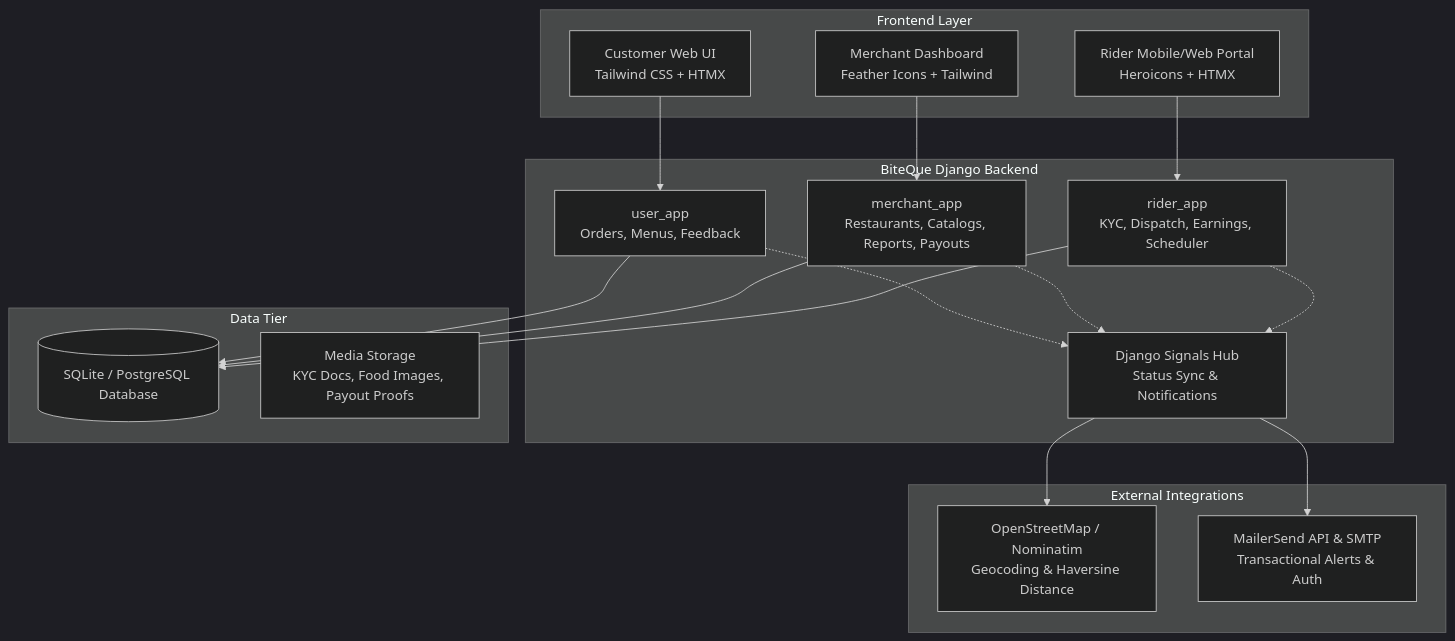
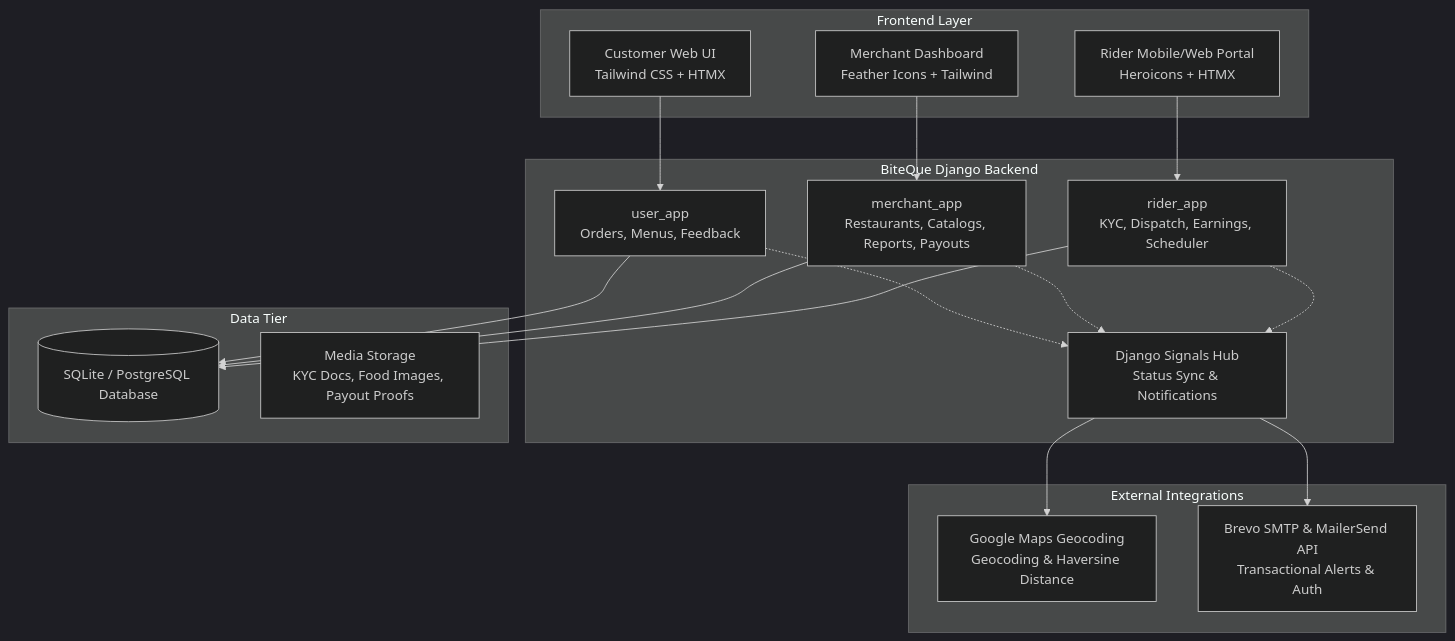
The first of 2 diagrams in README.md (najaraasif/BiteQue-Hyperlocal-Food-Delivery-Marketplace), drawn with Mermaid (dark theme) before and after one commit. The commit also changed other lines of this file, not shown here.

````diff
--- a/README.md
+++ b/README.md
@@ -49,40 +69,40 @@
 ```mermaid
 graph TD
     subgraph Clients["Frontend Layer"]
         C[Customer Web UI<br/>Tailwind CSS + HTMX]
         M[Merchant Dashboard<br/>Feather Icons + Tailwind]
         R[Rider Mobile/Web Portal<br/>Heroicons + HTMX]
     end
 
     subgraph DjangoApp["BiteQue Django Backend"]
         UA[user_app<br/>Orders, Menus, Feedback]
         MA[merchant_app<br/>Restaurants, Catalogs, Reports, Payouts]
         RA[rider_app<br/>KYC, Dispatch, Earnings, Scheduler]
         SIG[Django Signals Hub<br/>Status Sync & Notifications]
     end
 
     subgraph External["External Integrations"]
-        GEO[OpenStreetMap / Nominatim<br/>Geocoding & Haversine Distance]
-        MS[MailerSend API & SMTP<br/>Transactional Alerts & Auth]
+        GEO[Google Maps Geocoding<br/>Geocoding & Haversine Distance]
+        MS[Brevo SMTP & MailerSend API<br/>Transactional Alerts & Auth]
     end
 
     subgraph Storage["Data Tier"]
         DB[(SQLite / PostgreSQL Database)]
         MEDIA[Media Storage<br/>KYC Docs, Food Images, Payout Proofs]
     end
 
     C --> UA
     M --> MA
     R --> RA
 
     UA --> DB
     MA --> DB
     RA --> DB
 
     UA -.-> SIG
     MA -.-> SIG
     RA -.-> SIG
 
     SIG --> GEO
     SIG --> MS
 ```
````
